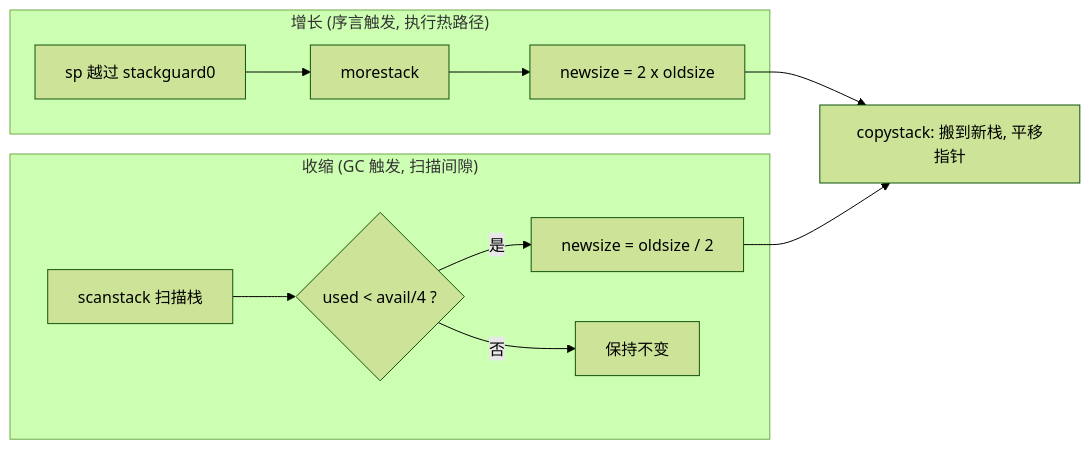
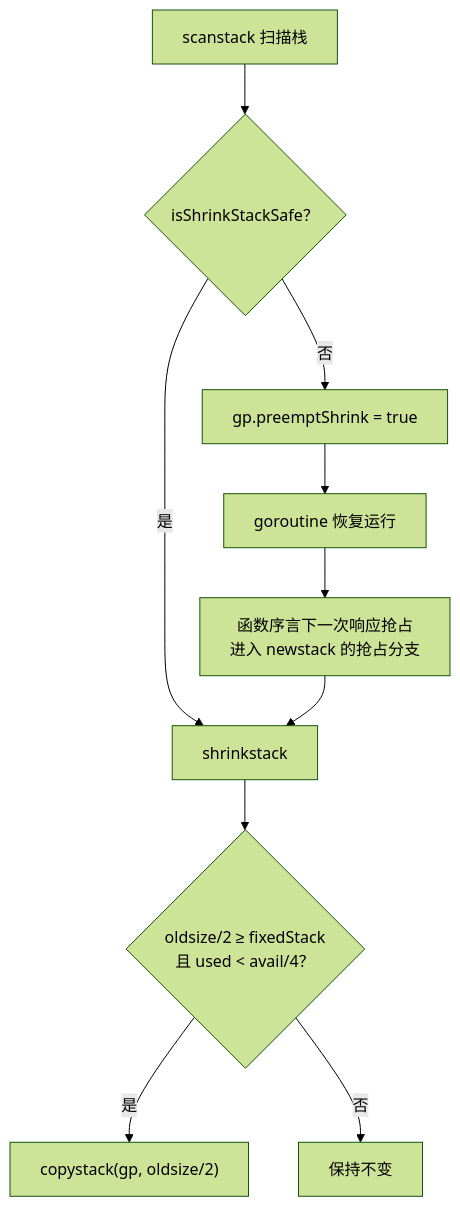
The diagram in book/zh-cn/part4memory/ch14stack/shrink.md (golang-design/under-the-hood), drawn with Mermaid (forest theme) before and after one commit. The commit also changed other lines of this file and 5 other files, not shown here.

````diff
--- a/book/zh-cn/part4memory/ch14stack/shrink.md
+++ b/book/zh-cn/part4memory/ch14stack/shrink.md
@@ -105,13 +116,12 @@
 ```mermaid
-flowchart LR
-    subgraph 增长["增长 (序言触发, 执行热路径)"]
-        A["sp 越过 stackguard0"] --> B["morestack"] --> C["newsize = 2 x oldsize"]
-    end
-    subgraph 收缩["收缩 (GC 触发, 扫描间隙)"]
-        D["scanstack 扫描栈"] --> E{"used < avail/4 ?"}
-        E -- 是 --> F["newsize = oldsize / 2"]
-        E -- 否 --> G["保持不变"]
-    end
-    C --> H["copystack: 搬到新栈, 平移指针"]
-    F --> H
+flowchart TD
+    A["scanstack 扫描栈"] --> B{"isShrinkStackSafe？"}
+    B -->|"是"| C["shrinkstack"]
+    B -->|"否"| D["gp.preemptShrink = true"]
+    D --> E["goroutine 恢复运行"]
+    E --> F["函数序言下一次响应抢占<br/>进入 newstack 的抢占分支"]
+    F --> C
+    C --> G{"oldsize/2 ≥ fixedStack<br/>且 used < avail/4？"}
+    G -->|"是"| H["copystack(gp, oldsize/2)"]
+    G -->|"否"| I["保持不变"]
 ```
````
